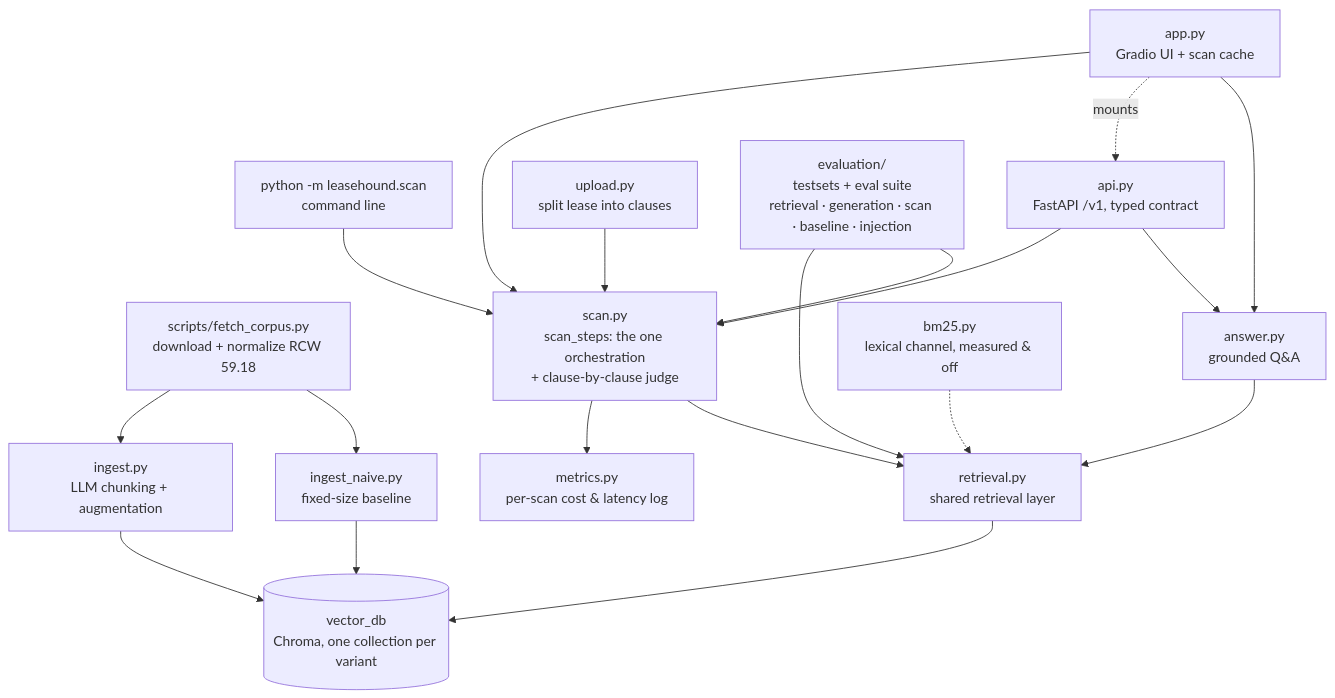
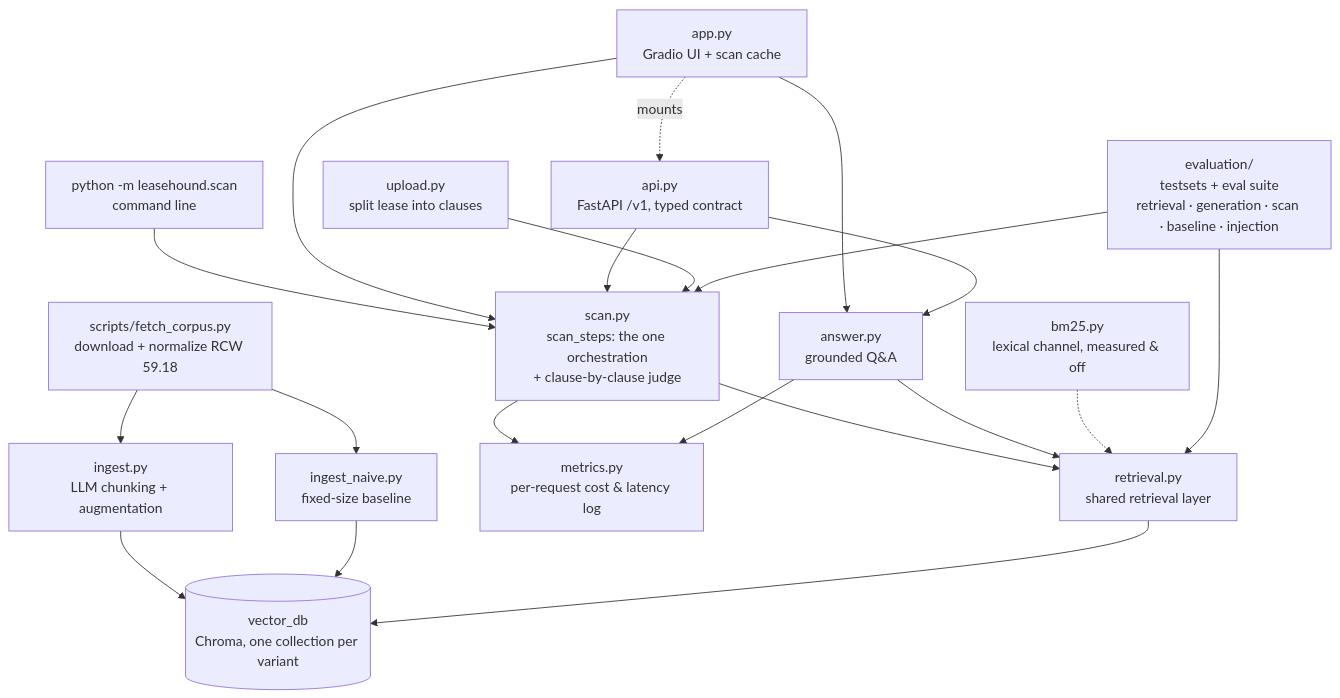
Before and after one commit to tywangq/leasehound: the diagram in README.md, drawn with Mermaid. The commit also changed other lines of this file and 21 other files, not shown here.

````diff
--- a/README.md
+++ b/README.md
@@ -45,22 +46,23 @@
 ```mermaid
 graph TD
     FETCH["scripts/fetch_corpus.py<br>download + normalize RCW 59.18"] --> INGEST["ingest.py<br>LLM chunking + augmentation"]
     FETCH --> NAIVE["ingest_naive.py<br>fixed-size baseline"]
     INGEST --> DB[("vector_db<br>Chroma, one collection per variant")]
     NAIVE --> DB
 
     CLI["python -m leasehound.scan<br>command line"] --> SCAN["scan.py<br>scan_steps: the one orchestration<br>+ clause-by-clause judge"]
     APP["app.py<br>Gradio UI + scan cache"] --> SCAN
     API["api.py<br>FastAPI /v1, typed contract"] --> SCAN
     APP -.->|mounts| API
     APP --> ANSWER["answer.py<br>grounded Q&A"]
     API --> ANSWER
     UPLOAD["upload.py<br>split lease into clauses"] --> SCAN
-    SCAN --> METRICS["metrics.py<br>per-scan cost & latency log"]
+    SCAN --> METRICS["metrics.py<br>per-request cost & latency log"]
+    ANSWER --> METRICS
     SCAN --> RETRIEVAL["retrieval.py<br>shared retrieval layer"]
     ANSWER --> RETRIEVAL
     BM25["bm25.py<br>lexical channel, measured & off"] -.-> RETRIEVAL
     EVAL["evaluation/<br>testsets + eval suite<br>retrieval · generation · scan · baseline · injection"] --> RETRIEVAL
     EVAL --> SCAN
     RETRIEVAL --> DB
 ```
````
